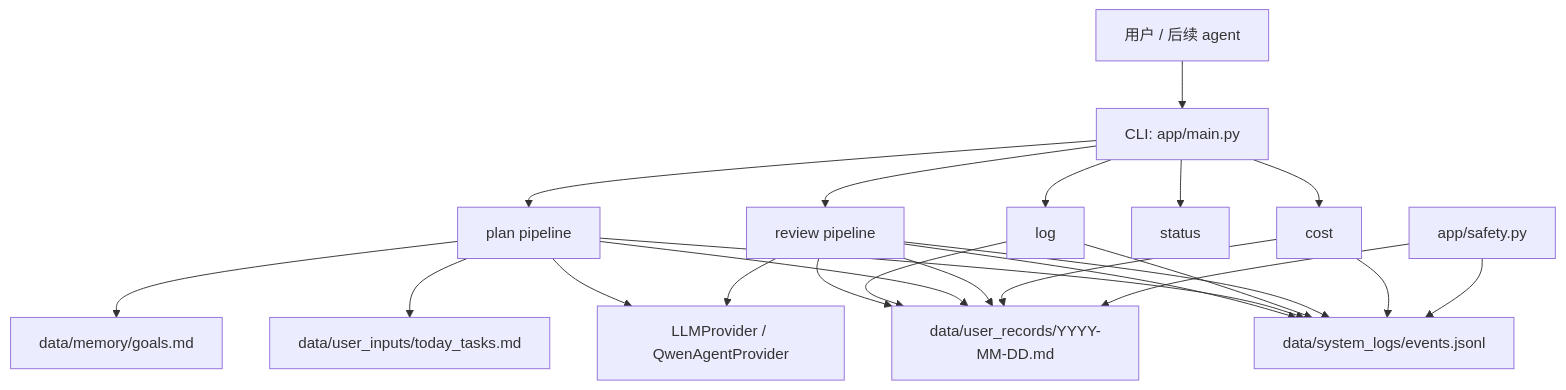
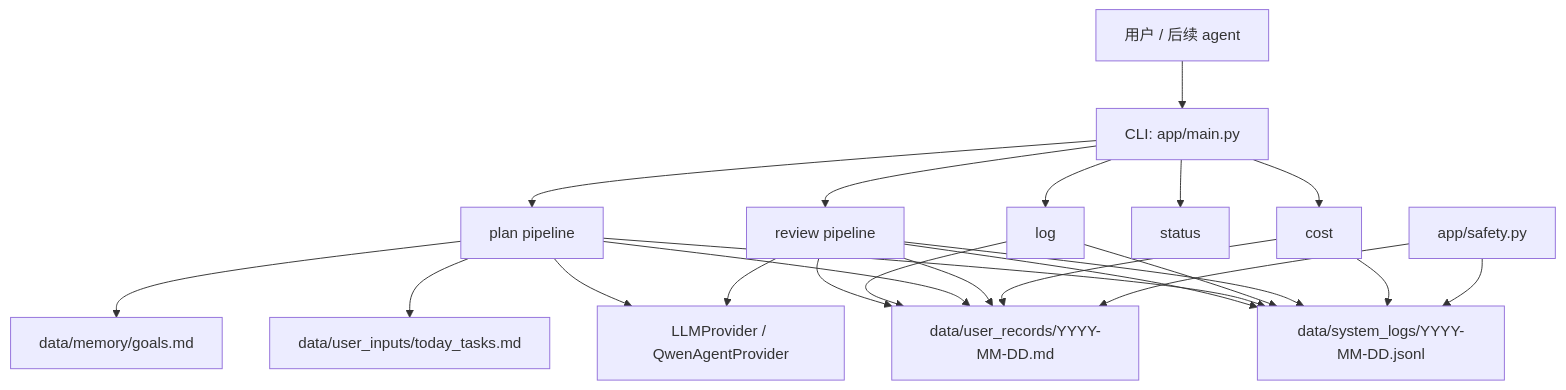
The diagram in README.md (YuePan2018/xiushenlu), drawn with Mermaid before and after one commit. The commit also changed other lines of this file and 6 other files, not shown here.

````diff
--- a/README.md
+++ b/README.md
@@ -57,29 +57,29 @@
 ```mermaid
 flowchart TD
     User["用户 / 后续 agent"] --> CLI["CLI: app/main.py"]
     CLI --> Plan["plan pipeline"]
     CLI --> Log["log"]
     CLI --> Review["review pipeline"]
     CLI --> Status["status"]
     CLI --> Cost["cost"]
 
     Plan --> Goals["data/memory/goals.md"]
     Plan --> Tasks["data/user_inputs/today_tasks.md"]
     Plan --> LLM["LLMProvider / QwenAgentProvider"]
     Review --> Daily["data/user_records/YYYY-MM-DD.md"]
-    Review --> Events["data/system_logs/events.jsonl"]
+    Review --> Events["data/system_logs/YYYY-MM-DD.jsonl"]
     Review --> LLM
 
     Log --> Daily
     Plan --> Daily
     Review --> Daily
     Cost --> Daily
 
     Plan --> Events
     Log --> Events
     Review --> Events
     Cost --> Events
 
     Safety["app/safety.py"] --> Daily
     Safety --> Events
 ```
````
